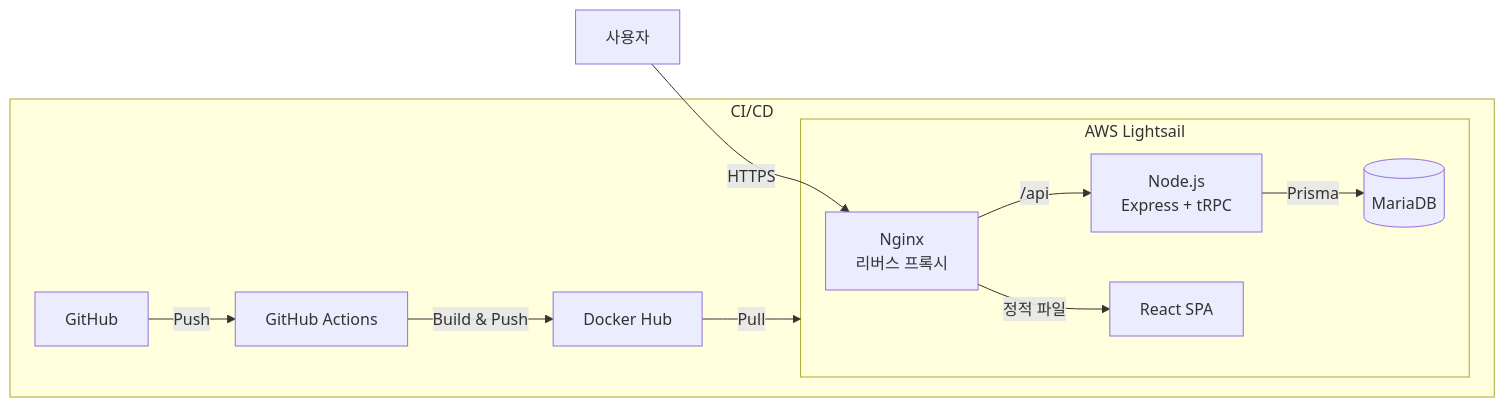
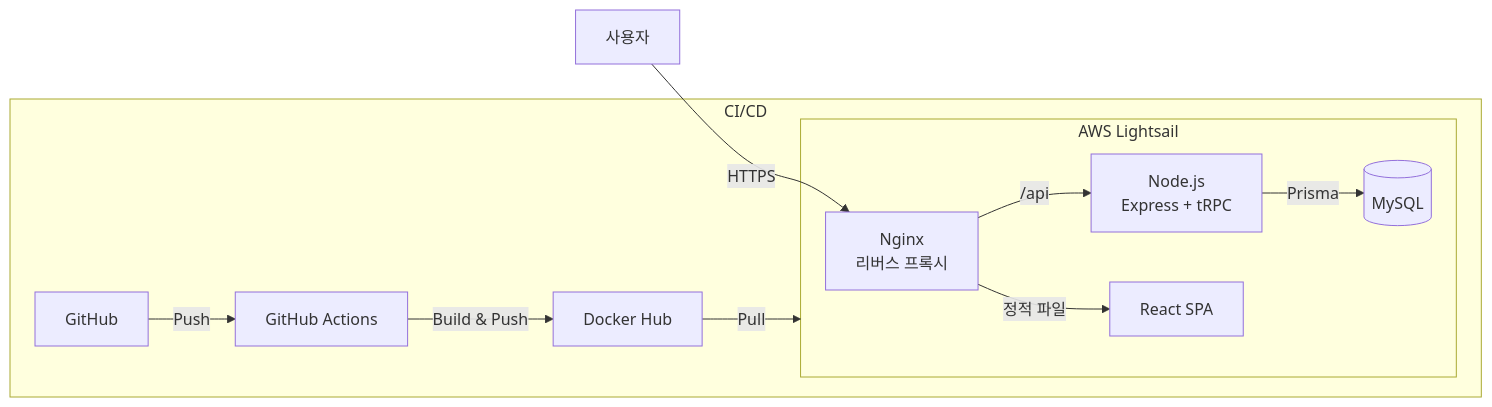
Before and after one commit to dc-choi/school-manage: the first of 2 diagrams in README.md, drawn with Mermaid.

Commit message:
docs: DB 이름 MariaDB에서 MySQL로 수정

````diff
--- a/README.md
+++ b/README.md
@@ -36,16 +36,16 @@
 ```mermaid
 flowchart LR
     User[사용자] -->|HTTPS| Nginx
 
     subgraph Server[AWS Lightsail]
         Nginx[Nginx<br/>리버스 프록시] -->|/api| API[Node.js<br/>Express + tRPC]
         Nginx -->|정적 파일| Static[React SPA]
-        API -->|Prisma| DB[(MariaDB)]
+        API -->|Prisma| DB[(MySQL)]
     end
 
     subgraph CI/CD
         GitHub[GitHub] -->|Push| Actions[GitHub Actions]
         Actions -->|Build & Push| Docker[Docker Hub]
         Docker -->|Pull| Server
     end
 ```
````
